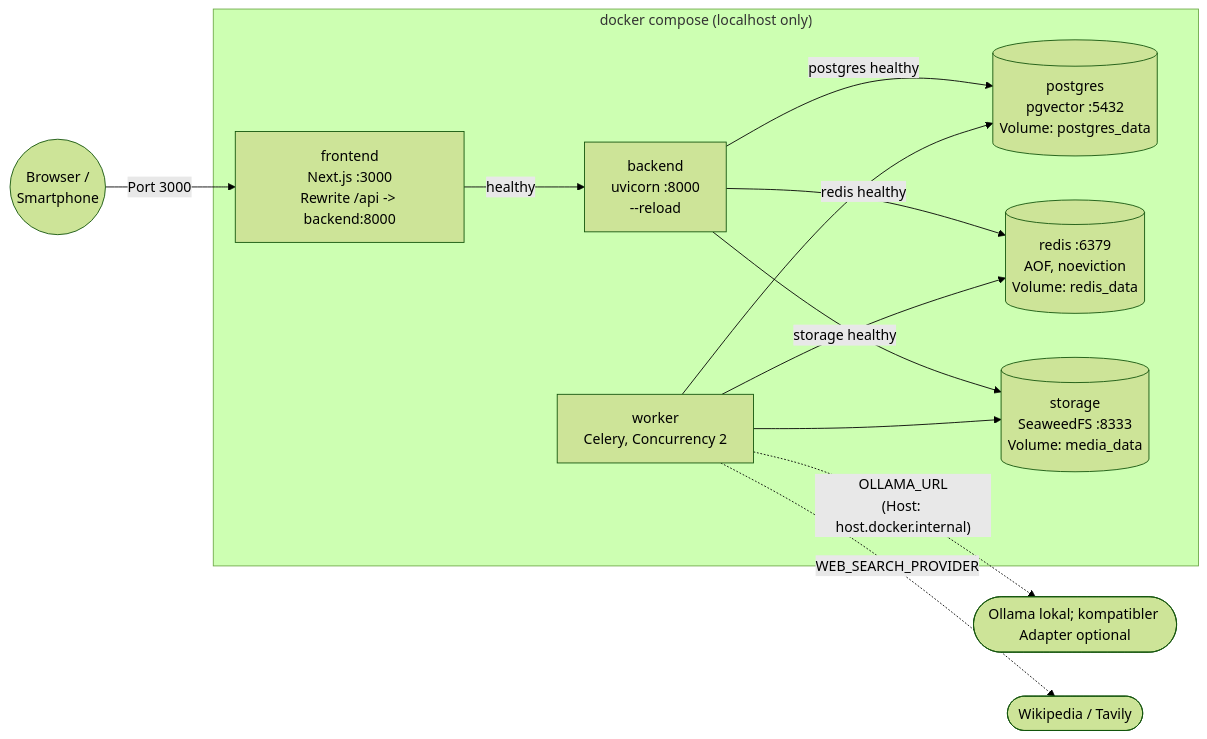
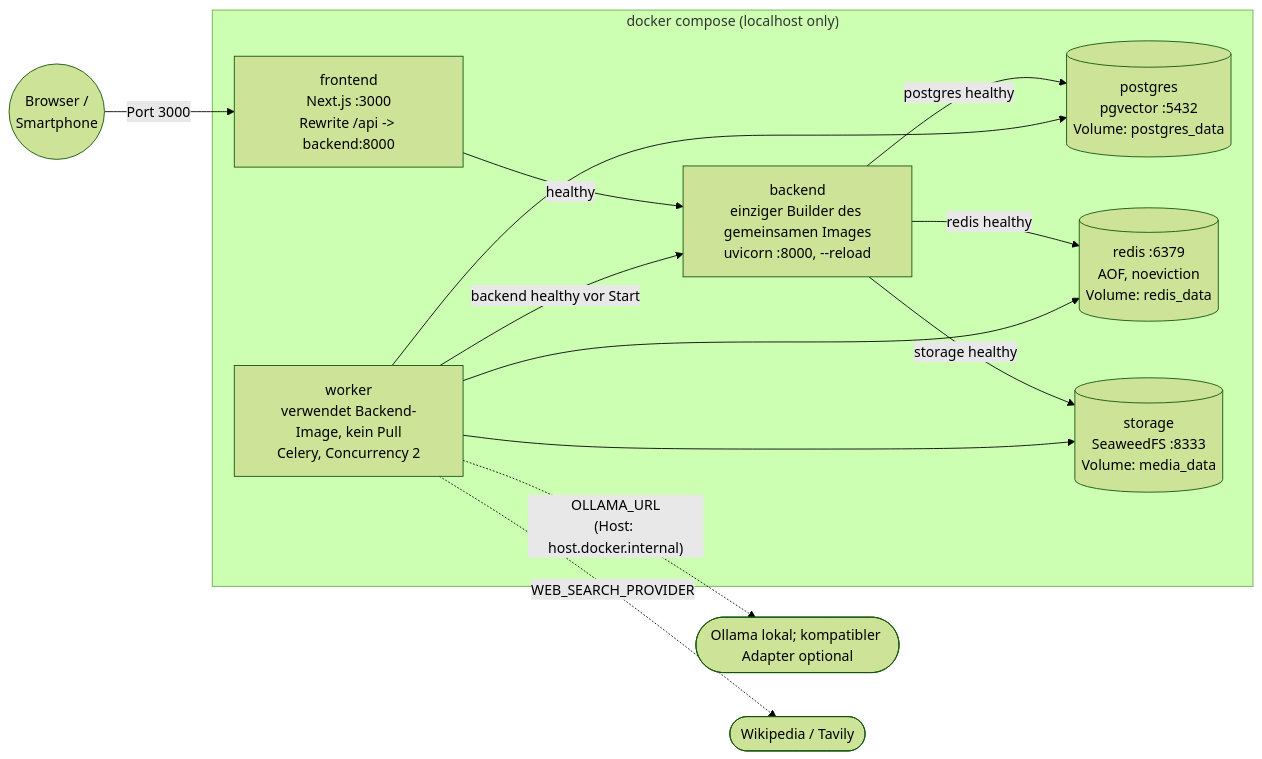
The second of 11 diagrams in docs/03-architecture.md (johannes3502/hackathon-fulda), drawn with Mermaid (forest theme) before and after one commit. The commit also changed other lines of this file and 12 other files, not shown here.

````diff
--- a/docs/03-architecture.md
+++ b/docs/03-architecture.md
@@ -111,22 +111,23 @@
 ```mermaid
 flowchart LR
     subgraph Host["docker compose (localhost only)"]
         FE["frontend<br/>Next.js :3000<br/>Rewrite /api -> backend:8000"]
-        BE["backend<br/>uvicorn :8000<br/>--reload"]
-        WK["worker<br/>Celery, Concurrency 2"]
+        BE["backend<br/>einziger Builder des gemeinsamen Images<br/>uvicorn :8000, --reload"]
+        WK["worker<br/>verwendet Backend-Image, kein Pull<br/>Celery, Concurrency 2"]
         PG[("postgres<br/>pgvector :5432<br/>Volume: postgres_data")]
         RD[("redis :6379<br/>AOF, noeviction<br/>Volume: redis_data")]
         ST[("storage<br/>SeaweedFS :8333<br/>Volume: media_data")]
     end
 
     User(("Browser /<br/>Smartphone")) -->|"Port 3000"| FE
     FE -->|"healthy"| BE
     BE -->|"postgres healthy"| PG
     BE -->|"storage healthy"| ST
     BE -->|"redis healthy"| RD
+    WK -->|"backend healthy vor Start"| BE
     WK --> PG
     WK --> ST
     WK --> RD
     WK -. "OLLAMA_URL<br/>(Host: host.docker.internal)" .-> LLM(["Ollama lokal; kompatibler Adapter optional"])
     WK -. "WEB_SEARCH_PROVIDER" .-> WS(["Wikipedia / Tavily"])
 ```
````
